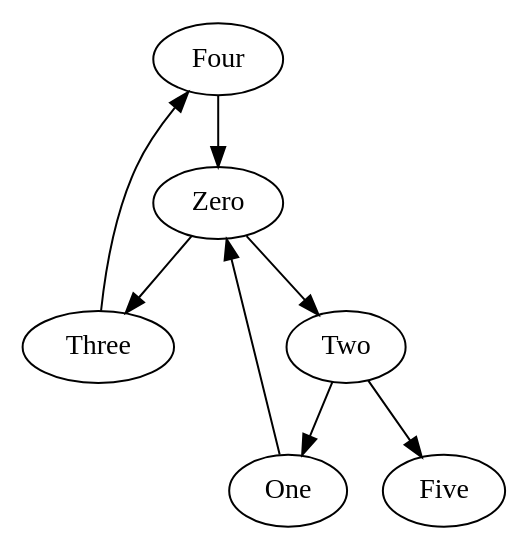
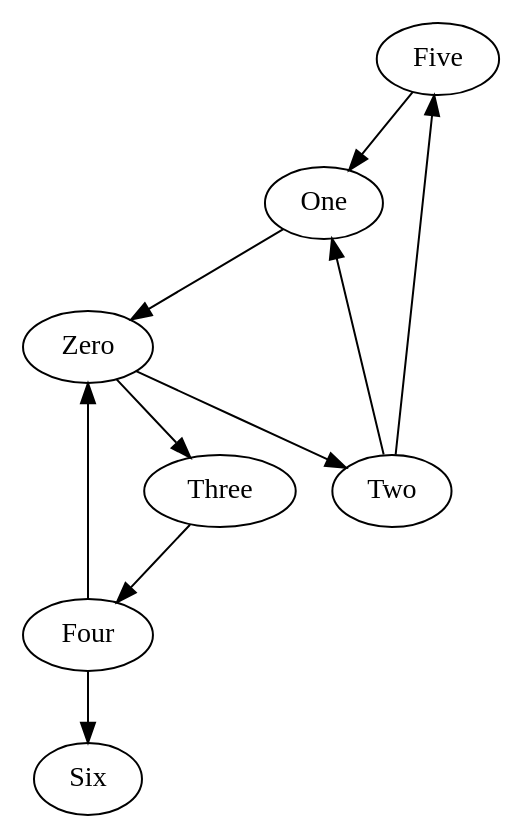
One commit to Georgilqlq/city_map_project changed the diagram in project/Graph.dot. Above: the diagram before and after it, drawn with Graphviz. The commit also changed 7 other files, not shown here.

```diff
--- a/project/Graph.dot
+++ b/project/Graph.dot
@@ -1,9 +1,11 @@
 digraph visual{
+Five->One[weight=9];
+Four->Six[weight=39];
 Four->Zero[weight=72];
 One->Zero[weight=10];
 Three->Four[weight=19];
 Two->Five[weight=31];
 Two->One[weight=41];
 Zero->Three[weight=15];
 Zero->Two[weight=11];
 }
```
